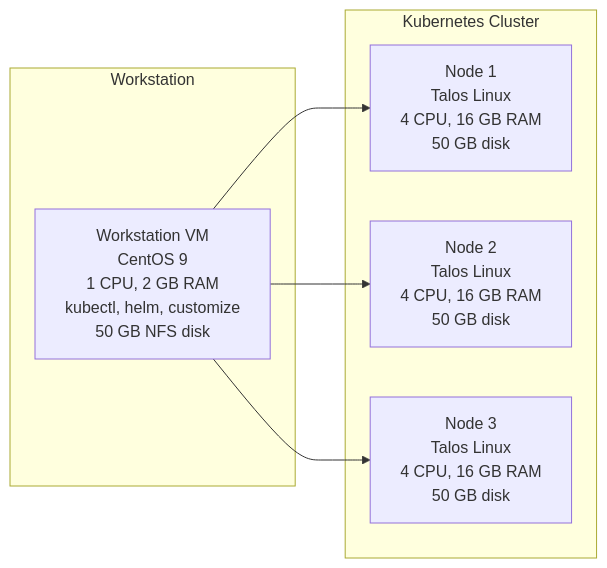
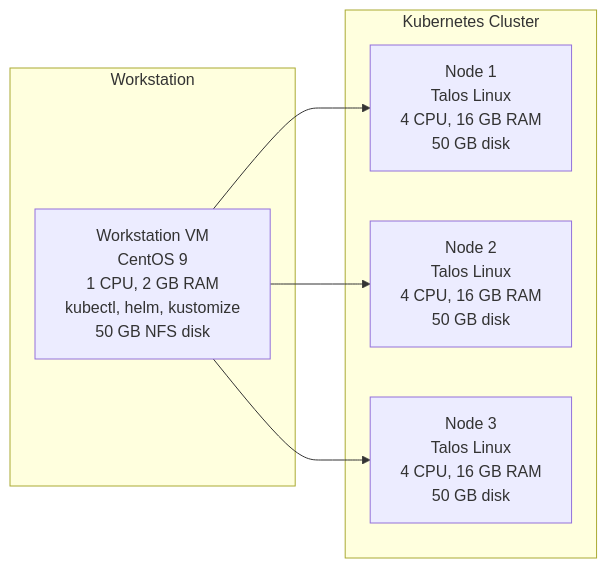
The diagram in installation/cluster-setup.md (networknuts/kubeflow), drawn with Mermaid before and after one commit.

````diff
--- a/installation/cluster-setup.md
+++ b/installation/cluster-setup.md
@@ -7,16 +7,16 @@
 ```mermaid
 graph LR
   subgraph Workstation
-    WS["Workstation VM<br/>CentOS 9<br/>1 CPU, 2 GB RAM<br/>kubectl, helm, customize<br/>50 GB NFS disk"]
+    WS["Workstation VM<br/>CentOS 9<br/>1 CPU, 2 GB RAM<br/>kubectl, helm, kustomize<br/>50 GB NFS disk"]
   end
 
   subgraph Kubernetes_Cluster["Kubernetes Cluster"]
     N1["Node 1<br/>Talos Linux<br/>4 CPU, 16 GB RAM<br/>50 GB disk"]
     N2["Node 2<br/>Talos Linux<br/>4 CPU, 16 GB RAM<br/>50 GB disk"]
     N3["Node 3<br/>Talos Linux<br/>4 CPU, 16 GB RAM<br/>50 GB disk"]
   end
 
   WS --> N1
   WS --> N2
   WS --> N3
 ```
````
